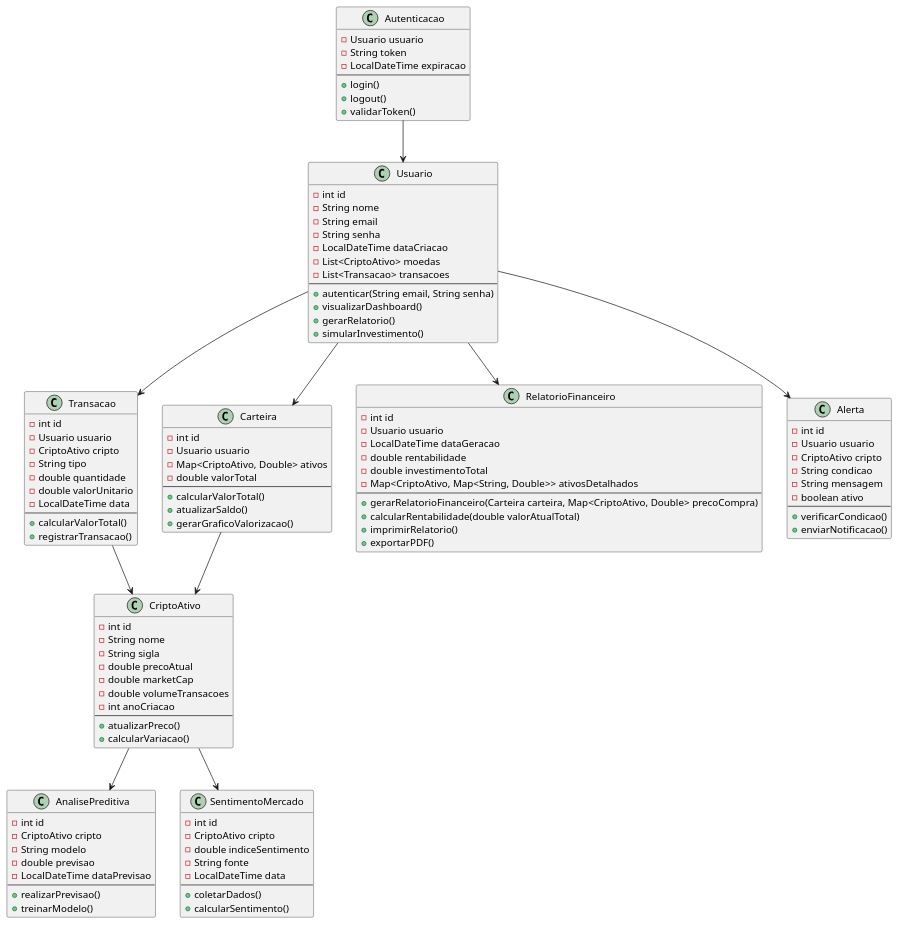
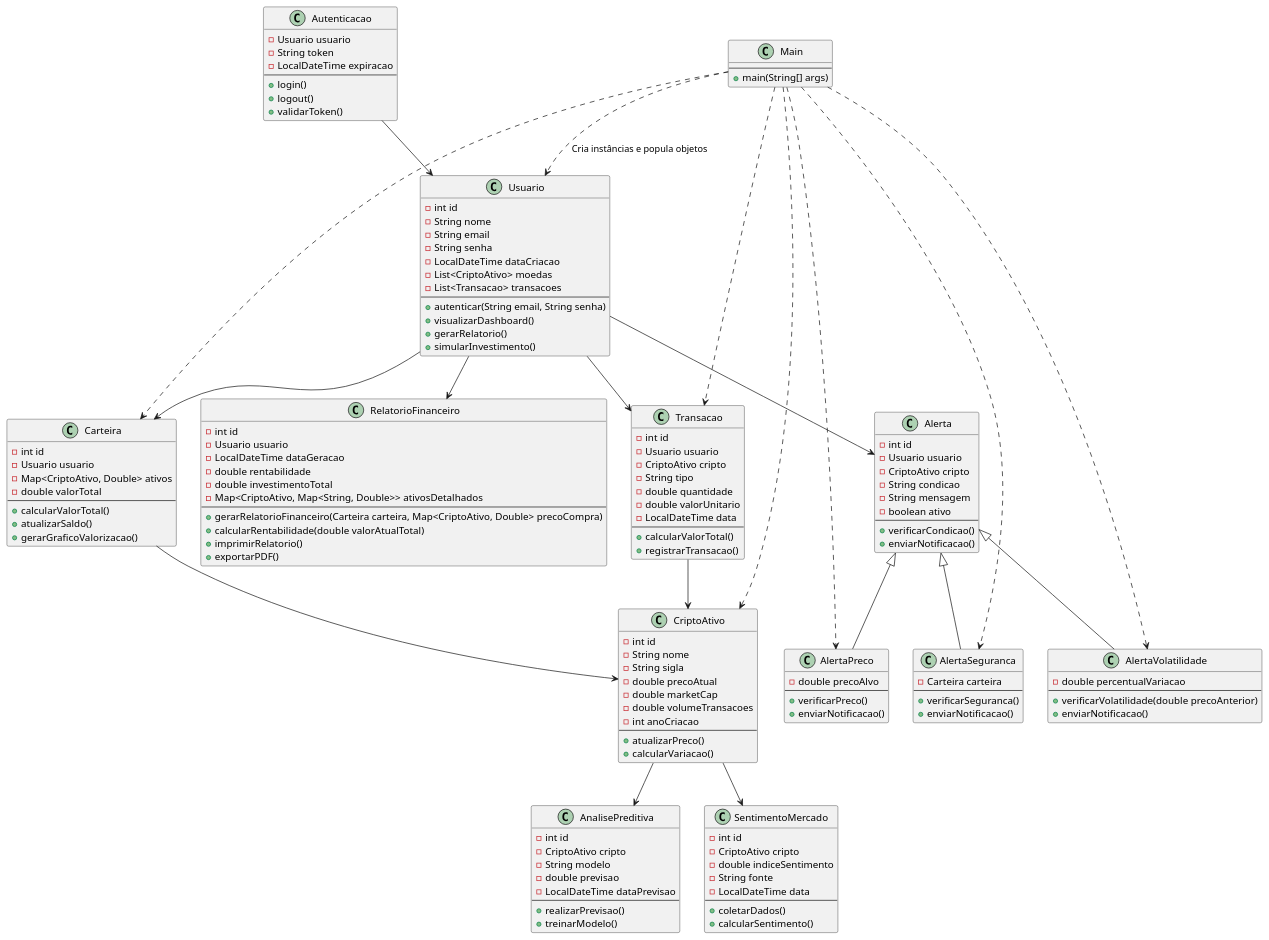
The diagram in TesteUML.wsd (AlvesPedro1208/Tio_Patinhas_Exchange), drawn with PlantUML before and after one commit. The commit also changed 9 other files, not shown here.

```diff
--- a/TesteUML.wsd
+++ b/TesteUML.wsd
@@ -1,123 +1,161 @@
 @startuml
 
 class Usuario {
     - int id
     - String nome
     - String email
     - String senha
     - LocalDateTime dataCriacao
     - List<CriptoAtivo> moedas
     - List<Transacao> transacoes
     --
     + autenticar(String email, String senha)
     + visualizarDashboard()
     + gerarRelatorio()
     + simularInvestimento()
 }
 
 class CriptoAtivo {
     - int id
     - String nome
     - String sigla
     - double precoAtual
     - double marketCap
     - double volumeTransacoes
     - int anoCriacao
     --
     + atualizarPreco()
     + calcularVariacao()
 }
 
 class Transacao {
     - int id
     - Usuario usuario
     - CriptoAtivo cripto
     - String tipo
     - double quantidade
     - double valorUnitario
     - LocalDateTime data
     --
     + calcularValorTotal()
     + registrarTransacao()
 }
 
 class Carteira {
     - int id
     - Usuario usuario
     - Map<CriptoAtivo, Double> ativos
     - double valorTotal
     --
     + calcularValorTotal()
     + atualizarSaldo()
     + gerarGraficoValorizacao()
 }
 
 class RelatorioFinanceiro {
     - int id
     - Usuario usuario
     - LocalDateTime dataGeracao
     - double rentabilidade
     - double investimentoTotal
     - Map<CriptoAtivo, Map<String, Double>> ativosDetalhados
     --
     + gerarRelatorioFinanceiro(Carteira carteira, Map<CriptoAtivo, Double> precoCompra)
     + calcularRentabilidade(double valorAtualTotal)
     + imprimirRelatorio()
     + exportarPDF()
 }
 
 class Alerta {
     - int id
     - Usuario usuario
     - CriptoAtivo cripto
     - String condicao
     - String mensagem
     - boolean ativo
     --
     + verificarCondicao()
     + enviarNotificacao()
 }
 
+class AlertaPreco {
+    - double precoAlvo
+    --
+    + verificarPreco()
+    + enviarNotificacao()
+}
+
+class AlertaSeguranca {
+    - Carteira carteira
+    --
+    + verificarSeguranca()
+    + enviarNotificacao()
+}
+
+class AlertaVolatilidade {
+    - double percentualVariacao
+    --
+    + verificarVolatilidade(double precoAnterior)
+    + enviarNotificacao()
+}
+
 class AnalisePreditiva {
     - int id
     - CriptoAtivo cripto
     - String modelo
     - double previsao
     - LocalDateTime dataPrevisao
     --
     + realizarPrevisao()
     + treinarModelo()
 }
 
 class SentimentoMercado {
     - int id
     - CriptoAtivo cripto
     - double indiceSentimento
     - String fonte
     - LocalDateTime data
     --
     + coletarDados()
     + calcularSentimento()
 }
 
 class Autenticacao {
     - Usuario usuario
     - String token
     - LocalDateTime expiracao
     --
     + login()
     + logout()
     + validarToken()
 }
 
+class Main {
+    --
+    + main(String[] args)
+}
+
 Usuario --> Carteira
 Usuario --> Transacao
 Usuario --> RelatorioFinanceiro
 Usuario --> Alerta
 Carteira --> CriptoAtivo
 Transacao --> CriptoAtivo
 CriptoAtivo --> AnalisePreditiva
 CriptoAtivo --> SentimentoMercado
 Autenticacao --> Usuario
 
+Alerta <|-- AlertaPreco
+Alerta <|-- AlertaSeguranca
+Alerta <|-- AlertaVolatilidade
+
+Main ..> Usuario : Cria instâncias e popula objetos
+Main ..> CriptoAtivo
+Main ..> Carteira
+Main ..> Transacao
+Main ..> AlertaPreco
+Main ..> AlertaSeguranca
+Main ..> AlertaVolatilidade
+
 @enduml
```
